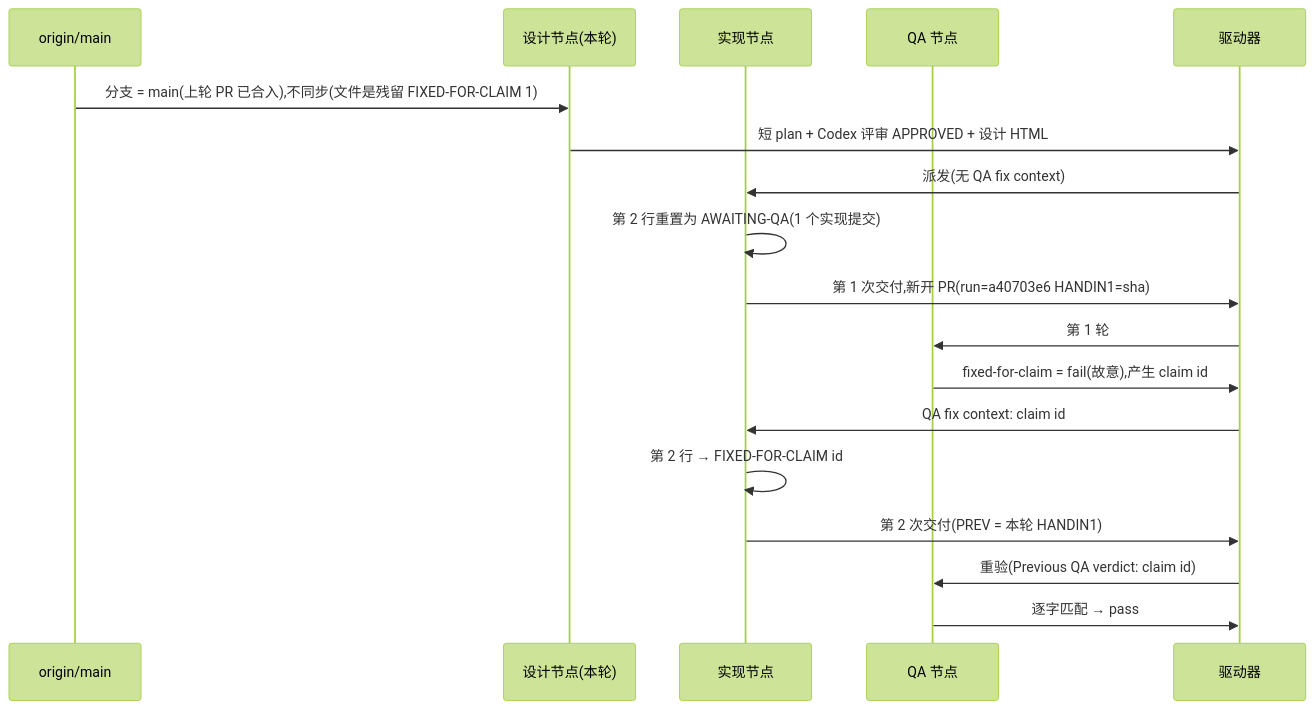
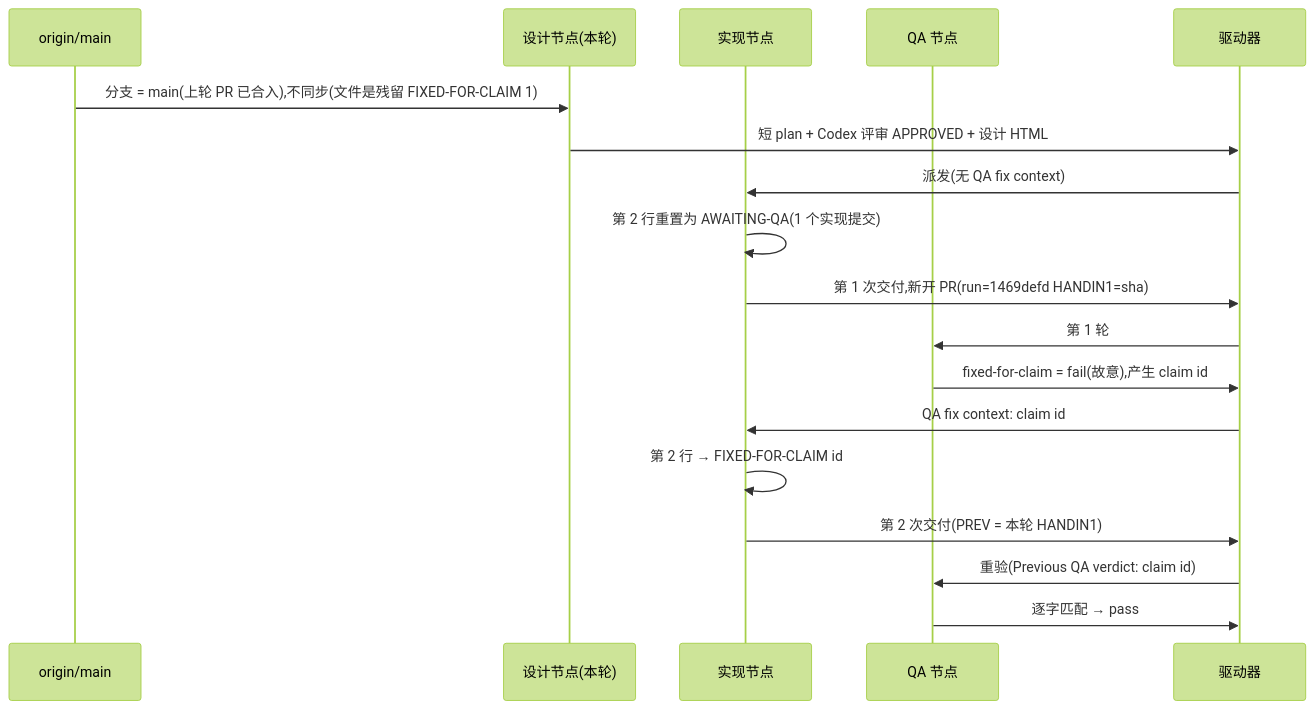
One commit to xrliAnnie/flywheel-qa-sandbox changed the diagram in engineering/doc/FLY-3150-real-runner-drill/d1-core-flow.mmd. Above: the diagram before and after it, drawn with Mermaid (forest theme). The commit also changed 5 other files, not shown here.

First line of the commit message:
FLY-3150 QA-SBX FLY-2167 real-runner drill (run 1469defd) (#602)

```diff
--- a/engineering/doc/FLY-3150-real-runner-drill/d1-core-flow.mmd
+++ b/engineering/doc/FLY-3150-real-runner-drill/d1-core-flow.mmd
@@ -1,18 +1,18 @@
 sequenceDiagram
     participant M as origin/main
     participant S as 设计节点(本轮)
     participant I as 实现节点
     participant Q as QA 节点
     participant D as 驱动器
     M->>S: 分支 = main(上轮 PR 已合入),不同步(文件是残留 FIXED-FOR-CLAIM 1)
     S->>D: 短 plan + Codex 评审 APPROVED + 设计 HTML
     D->>I: 派发(无 QA fix context)
     I->>I: 第 2 行重置为 AWAITING-QA(1 个实现提交)
-    I->>D: 第 1 次交付,新开 PR(run=a40703e6 HANDIN1=sha)
+    I->>D: 第 1 次交付,新开 PR(run=1469defd HANDIN1=sha)
     D->>Q: 第 1 轮
     Q->>D: fixed-for-claim = fail(故意),产生 claim id
     D->>I: QA fix context: claim id
     I->>I: 第 2 行 → FIXED-FOR-CLAIM id
     I->>D: 第 2 次交付(PREV = 本轮 HANDIN1)
     D->>Q: 重验(Previous QA verdict: claim id)
     Q->>D: 逐字匹配 → pass
```
